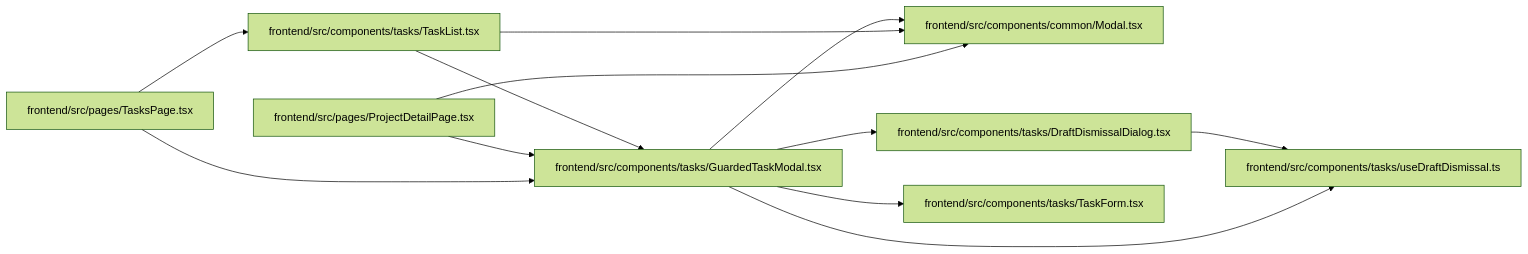
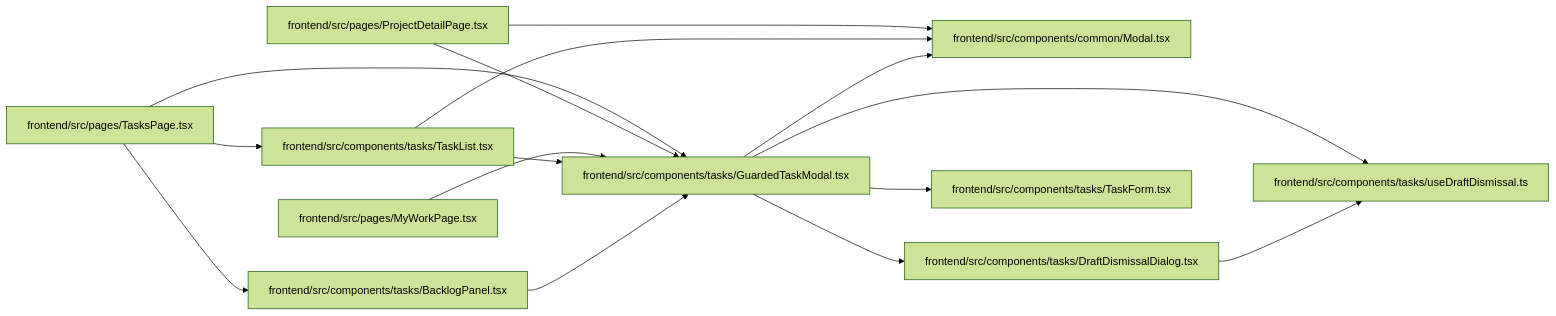
The diagram in docs/llm_wiki/modules/GuardedTaskModal.md (Denissvgn/WorkChord), drawn with Mermaid (forest theme) before and after one commit. The commit also changed other lines of this file and 1888 other files, not shown here.

````diff
--- a/docs/llm_wiki/modules/GuardedTaskModal.md
+++ b/docs/llm_wiki/modules/GuardedTaskModal.md
@@ -28,30 +28,37 @@
 ```mermaid
 flowchart LR
     n0["frontend/src/components/common/Modal.tsx"]
-    n1["frontend/src/components/tasks/DraftDismissalDialog.tsx"]
-    n2["frontend/src/components/tasks/GuardedTaskModal.tsx"]
-    n3["frontend/src/components/tasks/TaskForm.tsx"]
-    n4["frontend/src/components/tasks/TaskList.tsx"]
-    n5["frontend/src/components/tasks/useDraftDismissal.ts"]
-    n6["frontend/src/pages/ProjectDetailPage.tsx"]
-    n7["frontend/src/pages/TasksPage.tsx"]
-    n1 --> n5
-    n2 --> n0
-    n2 --> n1
-    n2 --> n3
-    n2 --> n5
-    n4 --> n0
-    n4 --> n2
-    n6 --> n0
-    n6 --> n2
-    n7 --> n2
-    n7 --> n4
+    n1["frontend/src/components/tasks/BacklogPanel.tsx"]
+    n2["frontend/src/components/tasks/DraftDismissalDialog.tsx"]
+    n3["frontend/src/components/tasks/GuardedTaskModal.tsx"]
+    n4["frontend/src/components/tasks/TaskForm.tsx"]
+    n5["frontend/src/components/tasks/TaskList.tsx"]
+    n6["frontend/src/components/tasks/useDraftDismissal.ts"]
+    n7["frontend/src/pages/MyWorkPage.tsx"]
+    n8["frontend/src/pages/ProjectDetailPage.tsx"]
+    n9["frontend/src/pages/TasksPage.tsx"]
+    n1 --> n3
+    n2 --> n6
+    n3 --> n0
+    n3 --> n2
+    n3 --> n4
+    n3 --> n6
+    n5 --> n0
+    n5 --> n3
+    n7 --> n3
+    n8 --> n0
+    n8 --> n3
+    n9 --> n1
+    n9 --> n3
+    n9 --> n5
     click n0 "../modules/Modal.md"
-    click n1 "../modules/DraftDismissalDialog.md"
-    click n2 "../modules/GuardedTaskModal.md"
-    click n3 "../modules/TaskForm.md"
-    click n4 "../modules/TaskList.md"
-    click n5 "../modules/useDraftDismissal.md"
-    click n6 "../modules/ProjectDetailPage.md"
-    click n7 "../modules/TasksPage.md"
+    click n1 "../modules/BacklogPanel.md"
+    click n2 "../modules/DraftDismissalDialog.md"
+    click n3 "../modules/GuardedTaskModal.md"
+    click n4 "../modules/TaskForm.md"
+    click n5 "../modules/TaskList.md"
+    click n6 "../modules/useDraftDismissal.md"
+    click n7 "../modules/MyWorkPage.md"
+    click n8 "../modules/ProjectDetailPage.md"
+    click n9 "../modules/TasksPage.md"
 ```
````
